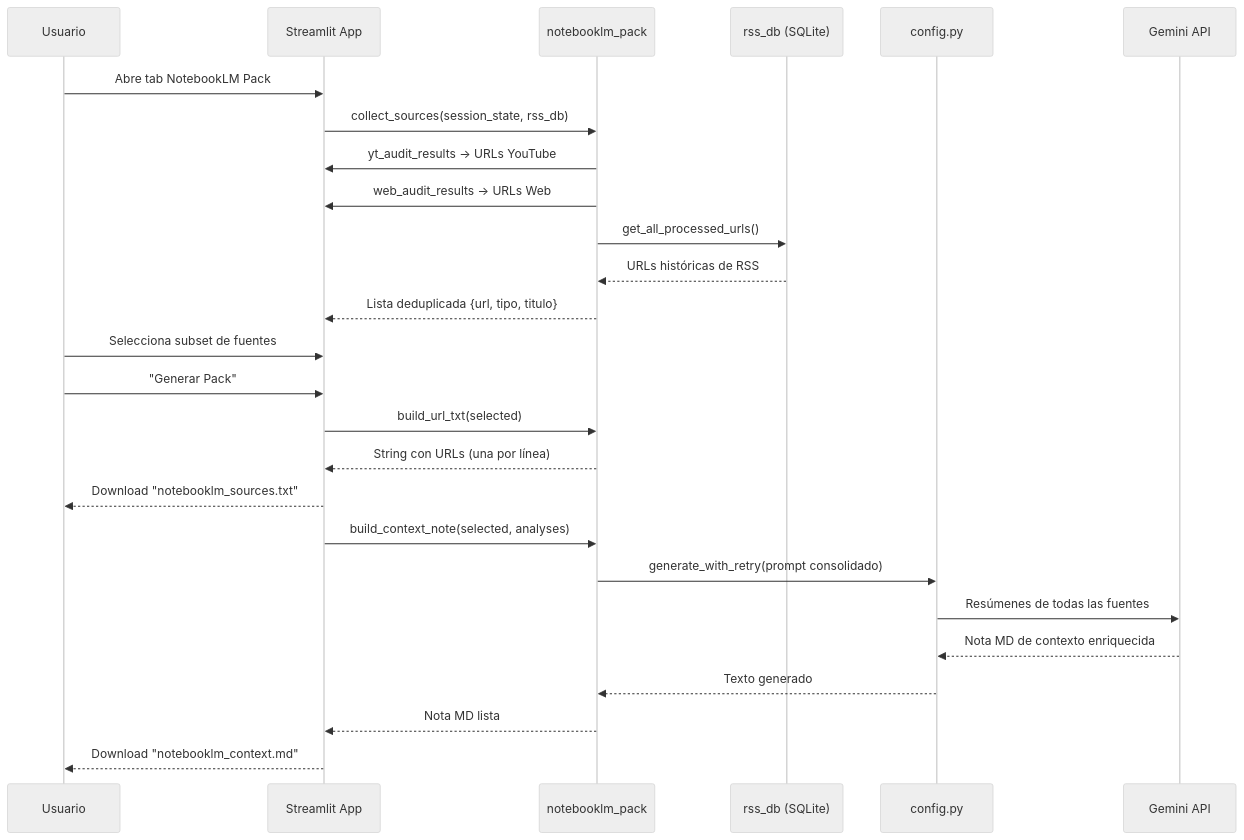
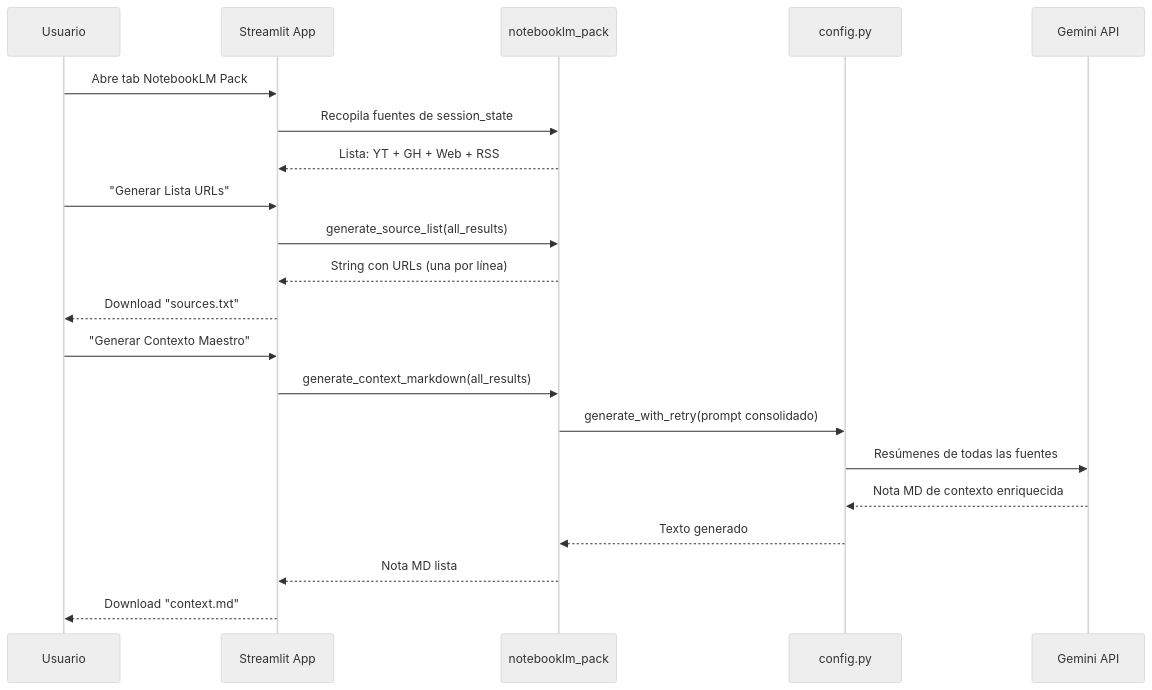
The fifth of 8 diagrams in docs/FLOWS.md (luuisaguilar/deep-audit-knowledge-engine), drawn with Mermaid (neutral theme) before and after one commit. The commit also changed other lines of this file and 7 other files, not shown here.

````diff
--- a/docs/FLOWS.md
+++ b/docs/FLOWS.md
@@ -125,32 +160,26 @@
 ```mermaid
 sequenceDiagram
     participant U as Usuario
     participant S as Streamlit App
     participant NP as notebooklm_pack
-    participant DB as rss_db (SQLite)
     participant C as config.py
     participant G as Gemini API
 
     U->>S: Abre tab NotebookLM Pack
-    S->>NP: collect_sources(session_state, rss_db)
-    NP->>S: yt_audit_results → URLs YouTube
-    NP->>S: web_audit_results → URLs Web
-    NP->>DB: get_all_processed_urls()
-    DB-->>NP: URLs históricas de RSS
-    NP-->>S: Lista deduplicada {url, tipo, titulo}
+    S->>NP: Recopila fuentes de session_state
+    NP-->>S: Lista: YT + GH + Web + RSS
 
-    U->>S: Selecciona subset de fuentes
-    U->>S: "Generar Pack"
+    U->>S: "Generar Lista URLs"
+    S->>NP: generate_source_list(all_results)
+    NP-->>S: String con URLs (una por línea)
+    S-->>U: Download "sources.txt"
 
-    S->>NP: build_url_txt(selected)
-    NP-->>S: String con URLs (una por línea)
-    S-->>U: Download "notebooklm_sources.txt"
-
-    S->>NP: build_context_note(selected, analyses)
+    U->>S: "Generar Contexto Maestro"
+    S->>NP: generate_context_markdown(all_results)
     NP->>C: generate_with_retry(prompt consolidado)
     C->>G: Resúmenes de todas las fuentes
     G-->>C: Nota MD de contexto enriquecida
     C-->>NP: Texto generado
     NP-->>S: Nota MD lista
-    S-->>U: Download "notebooklm_context.md"
+    S-->>U: Download "context.md"
 ```
````
